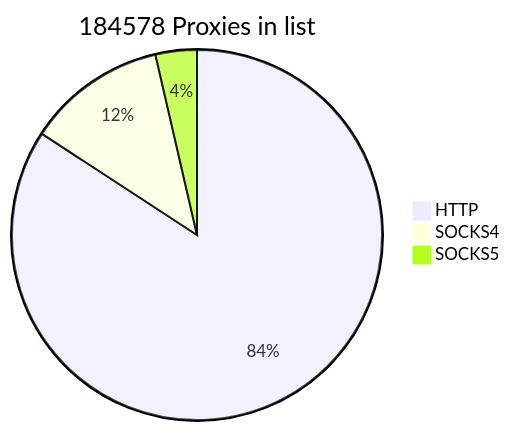
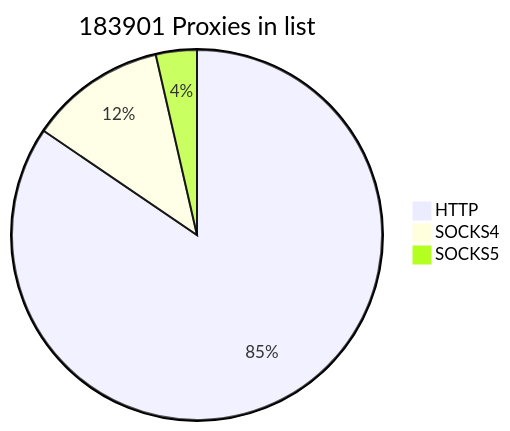
One commit to cutipu/proxylist changed the first of 2 diagrams in README.md. Above: the diagram before and after it, drawn with Mermaid. The commit also changed other lines of this file, not shown here.

````diff
--- a/README.md
+++ b/README.md
@@ -2,7 +2,7 @@
 ```mermaid
-pie title 184578 Proxies in list
-    "HTTP" : 155420
-    "SOCKS4" : 22496
-    "SOCKS5" : 6662
+pie title 183901 Proxies in list
+    "HTTP" : 155398
+    "SOCKS4" : 21920
+    "SOCKS5" : 6583
             
 ```
````
